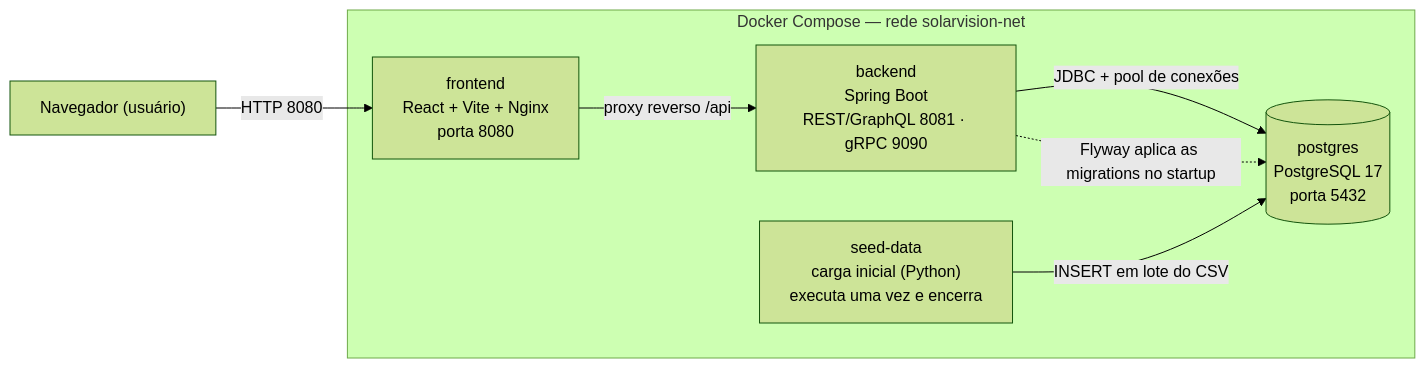
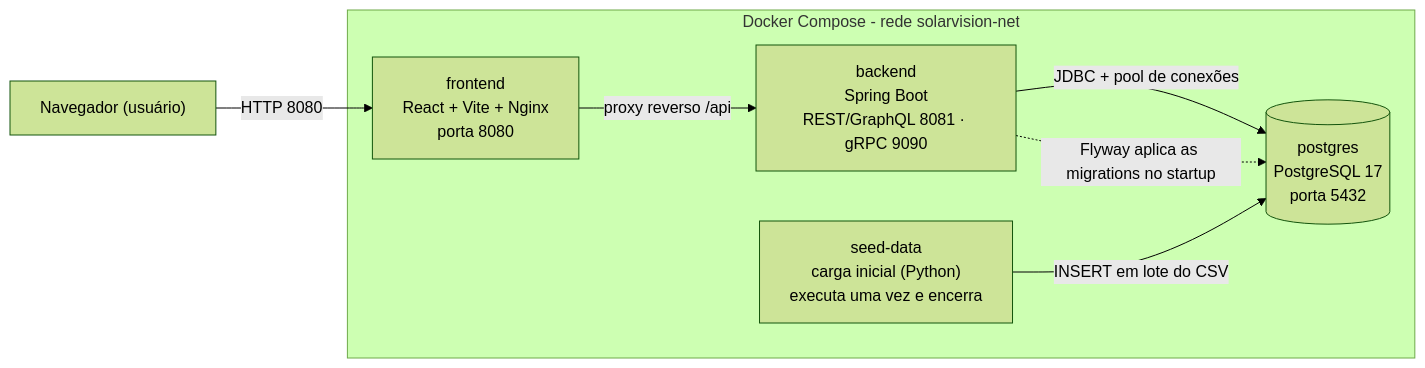
Before and after one commit to danieltanjos/SolarVision: the first of 4 diagrams in docs/ARQUITETURA.md, drawn with Mermaid (forest theme). The commit also changed other lines of this file and 6 other files, not shown here.

````diff
--- a/docs/ARQUITETURA.md
+++ b/docs/ARQUITETURA.md
@@ -14,17 +14,17 @@
 ```mermaid
 flowchart LR
     browser["Navegador (usuário)"]
 
-    subgraph compose["Docker Compose — rede solarvision-net"]
+    subgraph compose["Docker Compose - rede solarvision-net"]
         frontend["frontend<br/>React + Vite + Nginx<br/>porta 8080"]
         backend["backend<br/>Spring Boot<br/>REST/GraphQL 8081 · gRPC 9090"]
         db[("postgres<br/>PostgreSQL 17<br/>porta 5432")]
         seeder["seed-data<br/>carga inicial (Python)<br/>executa uma vez e encerra"]
     end
 
     browser -->|HTTP 8080| frontend
     frontend -->|proxy reverso /api| backend
     backend -->|JDBC + pool de conexões| db
     seeder -->|INSERT em lote do CSV| db
     backend -.->|Flyway aplica as migrations no startup| db
 ```
````
